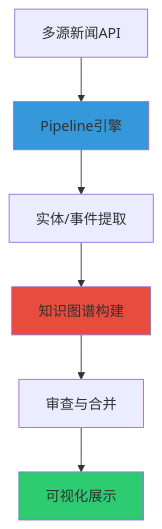
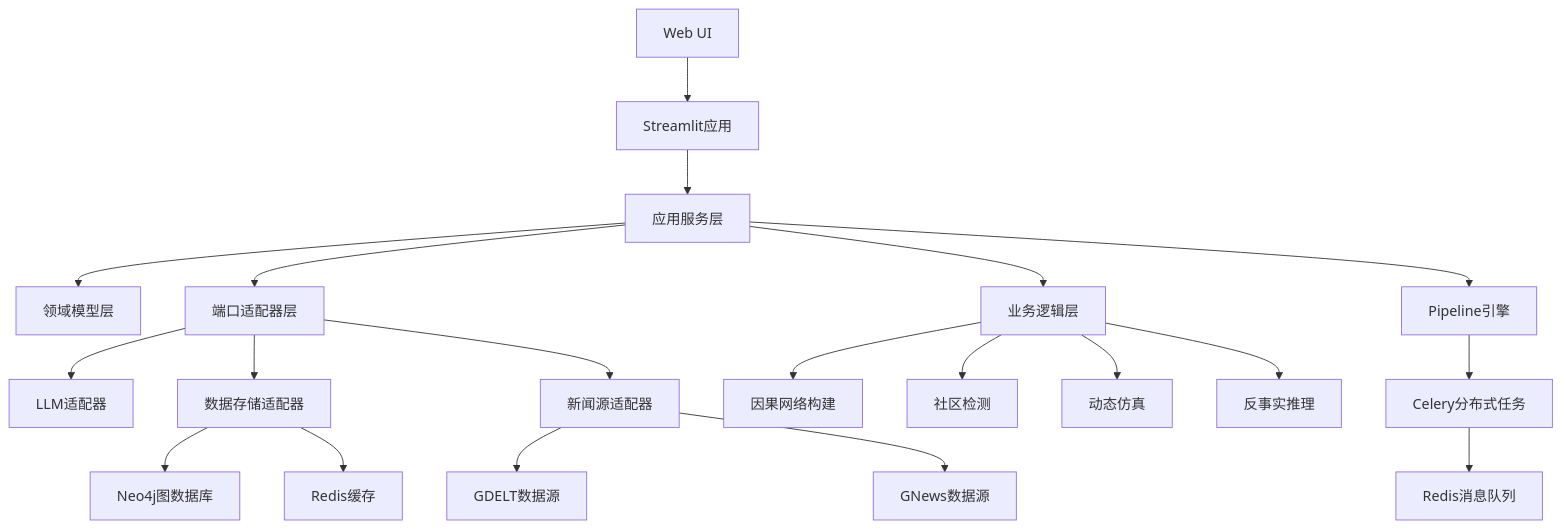
One commit to 1zhujianbang/system changed the diagram in README.md. Above: the diagram before and after it, drawn with Mermaid. The commit also changed other lines of this file and 29 other files, not shown here.

````diff
--- a/README.md
+++ b/README.md
@@ -13,12 +53,22 @@
 ```mermaid
 graph TB
-    A[多源新闻API] --> B[Pipeline引擎]
-    B --> C[实体/事件提取]
-    C --> D[知识图谱构建]
-    D --> E[审查与合并]
-    E --> F[可视化展示]
-    
-    style B fill:#3498db
-    style D fill:#e74c3c
-    style F fill:#2ecc71
+    A[Web UI] --> B[Streamlit应用]
+    B --> C[应用服务层]
+    C --> D[领域模型层]
+    C --> E[端口适配器层]
+    E --> F[LLM适配器]
+    E --> G[数据存储适配器]
+    E --> H[新闻源适配器]
+    G --> I[Neo4j图数据库]
+    G --> J[Redis缓存]
+    H --> K[GDELT数据源]
+    H --> L[GNews数据源]
+    C --> M[业务逻辑层]
+    M --> N[因果网络构建]
+    M --> O[社区检测]
+    M --> P[动态仿真]
+    M --> Q[反事实推理]
+    C --> R[Pipeline引擎]
+    R --> S[Celery分布式任务]
+    S --> T[Redis消息队列]
 ```
````
